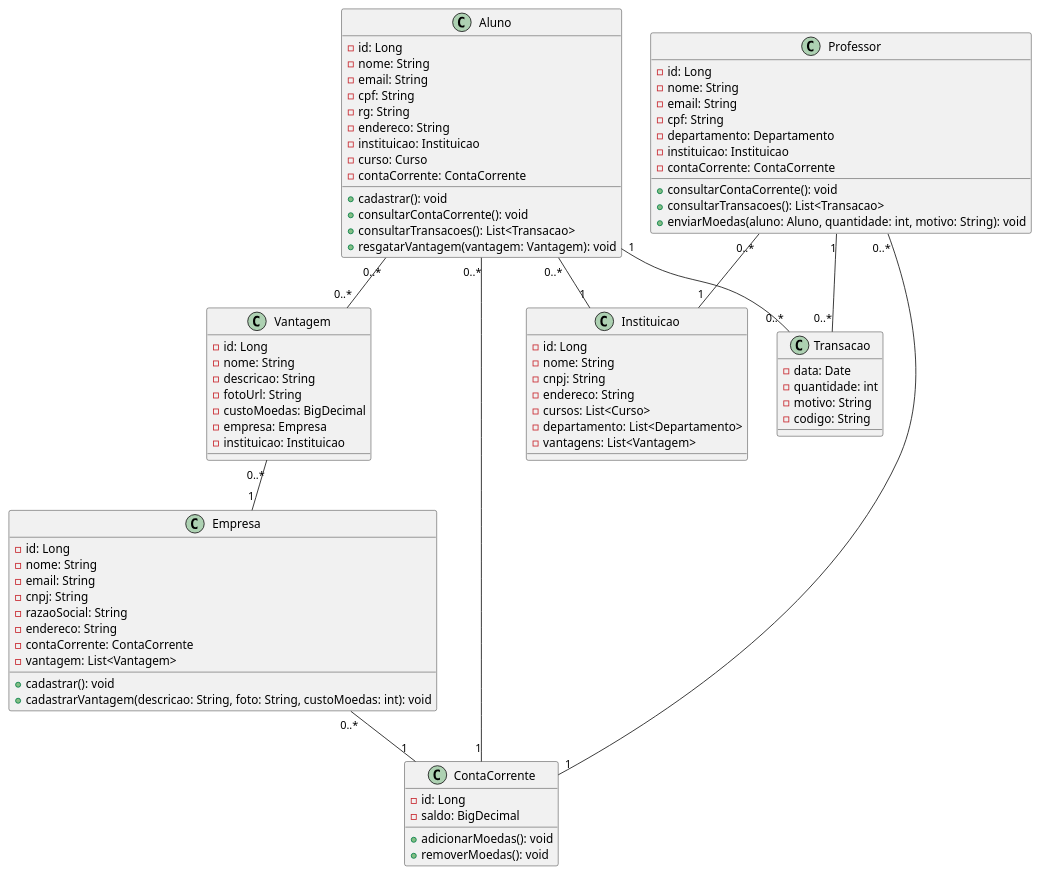
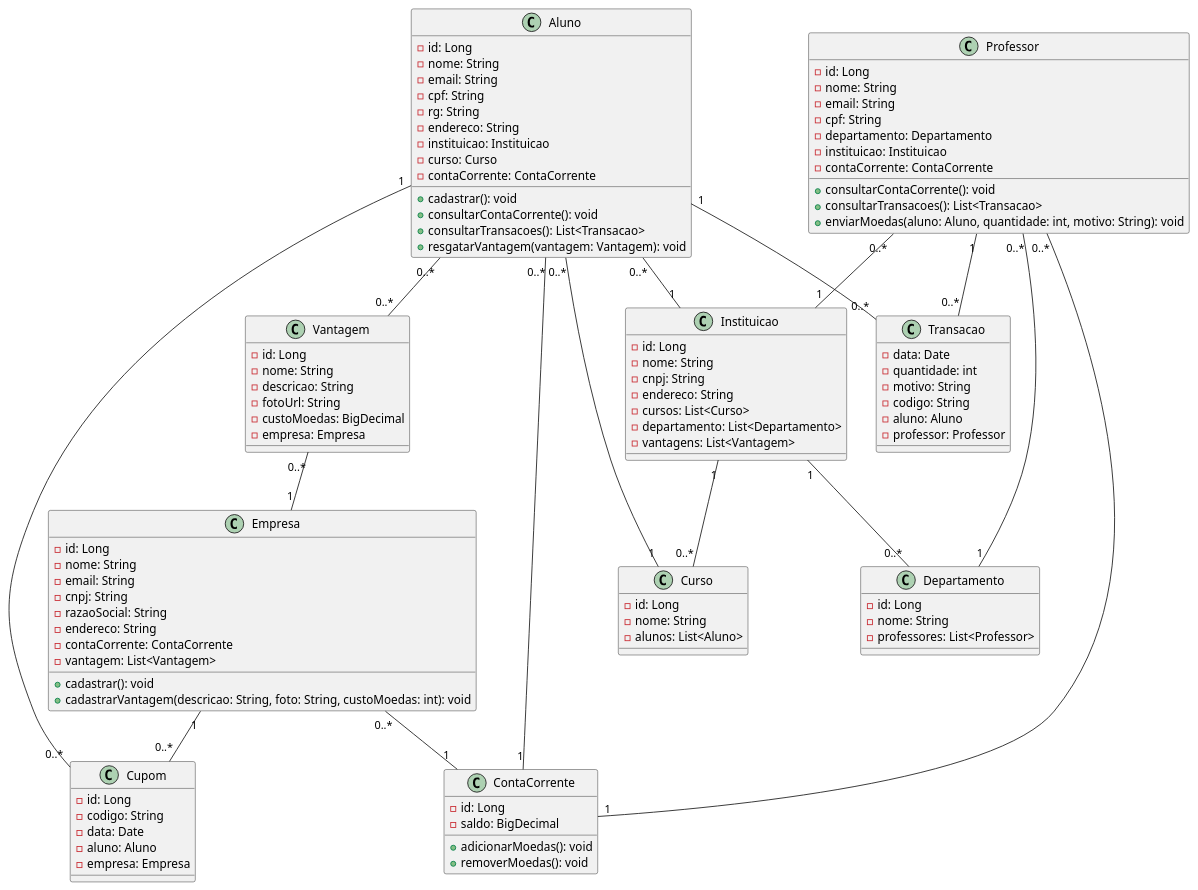
Before and after one commit to JoaoYM/Lab03_LDS: the diagram in projeto/Diagrama de Classes/Diagrama_de_Classe.puml, drawn with PlantUML.

```diff
--- a/projeto/Diagrama de Classes/Diagrama_de_Classe.puml
+++ b/projeto/Diagrama de Classes/Diagrama_de_Classe.puml
@@ -1,87 +1,115 @@
 @startuml
 class Aluno {
   -id: Long
   -nome: String
   -email: String
   -cpf: String
   -rg: String
   -endereco: String
   -instituicao: Instituicao
   -curso: Curso
   -contaCorrente: ContaCorrente
   +cadastrar(): void
   +consultarContaCorrente(): void
   +consultarTransacoes(): List<Transacao>
   +resgatarVantagem(vantagem: Vantagem): void
 }
 
 class Professor {
   -id: Long
   -nome: String
   -email: String
   -cpf: String
   -departamento: Departamento
   -instituicao: Instituicao
   -contaCorrente: ContaCorrente
   +consultarContaCorrente(): void
   +consultarTransacoes(): List<Transacao>
   +enviarMoedas(aluno: Aluno, quantidade: int, motivo: String): void
 }
 
 class Instituicao {
   -id: Long
   -nome: String
   -cnpj: String
   -endereco: String
   -cursos: List<Curso>
   -departamento: List<Departamento>
   -vantagens: List<Vantagem>
 }
 
+class Curso {
+  -id: Long
+  -nome: String
+  -alunos: List<Aluno>
+}
+
+class Departamento {
+  -id: Long
+  -nome: String
+  -professores: List<Professor>
+}
+
 class Vantagem {
   -id: Long
   -nome: String
   -descricao: String
   -fotoUrl: String
   -custoMoedas: BigDecimal
   -empresa: Empresa
-  -instituicao: Instituicao
 }
 
 class Empresa {
   -id: Long
   -nome: String
   -email: String
   -cnpj: String
   -razaoSocial: String
   -endereco: String
   -contaCorrente: ContaCorrente
   -vantagem: List<Vantagem>
   +cadastrar(): void
   +cadastrarVantagem(descricao: String, foto: String, custoMoedas: int): void
 }
 
 class ContaCorrente {
   -id: Long
   -saldo: BigDecimal
   +adicionarMoedas(): void
   +removerMoedas(): void
 }
 
 class Transacao {
   -data: Date
   -quantidade: int
   -motivo: String
   -codigo: String
+  -aluno: Aluno
+  -professor: Professor
+}
+
+class Cupom {
+  -id: Long
+  -codigo: String
+  -data: Date
+  -aluno: Aluno
+  -empresa: Empresa
 }
 
 Aluno "0..*" -- "1" Instituicao
 Professor "0..*" -- "1" Instituicao
 Professor "1" -- "0..*" Transacao 
 Aluno "1" -- "0..*" Transacao
 Aluno "0..*" -- "0..*" Vantagem
 Vantagem "0..*" -- "1" Empresa
 Professor "0..*" -- "1" ContaCorrente
 Aluno "0..*" -- "1" ContaCorrente
 Empresa "0..*" -- "1" ContaCorrente
+Aluno "0..*" -- "1" Curso
+Instituicao "1" -- "0..*" Curso
+Aluno "1" -- "0..*" Cupom
+Empresa "1" -- "0..*" Cupom
+Professor "0..*" -- "1" Departamento
+Instituicao "1" -- "0..*" Departamento
+
 @enduml
```
